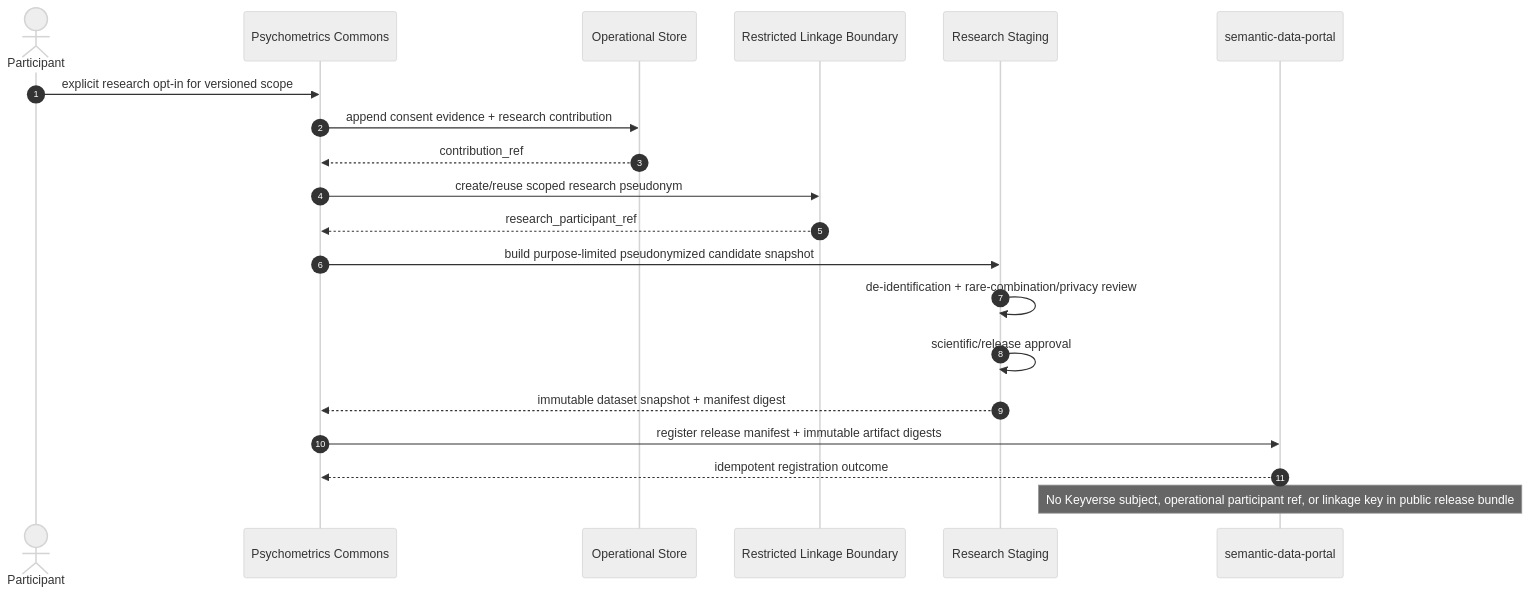
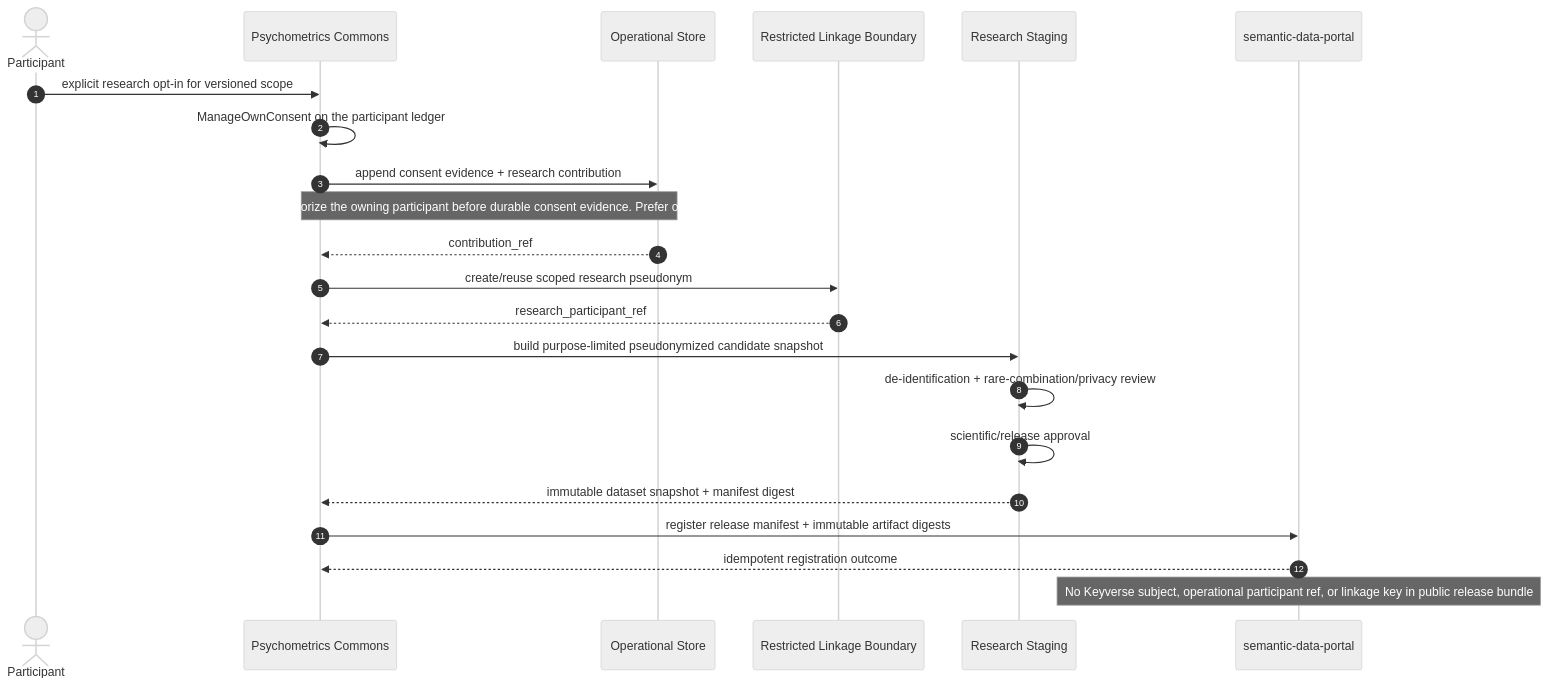
Before and after one commit to ContextualWisdomLab/psychometrics-commons: diagram 11 of 12 in docs/architecture/UML.md, drawn with Mermaid (neutral theme). The commit also changed 6 other files, not shown here.

First line of the commit message:
feat(consent): authorize owner before durable writes

````diff
--- a/docs/architecture/UML.md
+++ b/docs/architecture/UML.md
@@ -443,26 +443,28 @@
 ```mermaid
 sequenceDiagram
     autonumber
     actor P as Participant
     participant A as Psychometrics Commons
     participant DB as Operational Store
     participant L as Restricted Linkage Boundary
     participant R as Research Staging
     participant S as semantic-data-portal
 
     P->>A: explicit research opt-in for versioned scope
+    A->>A: ManageOwnConsent on the participant ledger
     A->>DB: append consent evidence + research contribution
+    Note over A,DB: Product writes authorize the owning participant before durable consent evidence. Prefer outbox landing head #134 over #123/#120/#112/#70.
     DB-->>A: contribution_ref
     A->>L: create/reuse scoped research pseudonym
     L-->>A: research_participant_ref
 
     A->>R: build purpose-limited pseudonymized candidate snapshot
     R->>R: de-identification + rare-combination/privacy review
     R->>R: scientific/release approval
     R-->>A: immutable dataset snapshot + manifest digest
 
     A->>S: register release manifest + immutable artifact digests
     S-->>A: idempotent registration outcome
 
     Note over S: No Keyverse subject, operational participant ref, or linkage key in public release bundle
 ```
````
